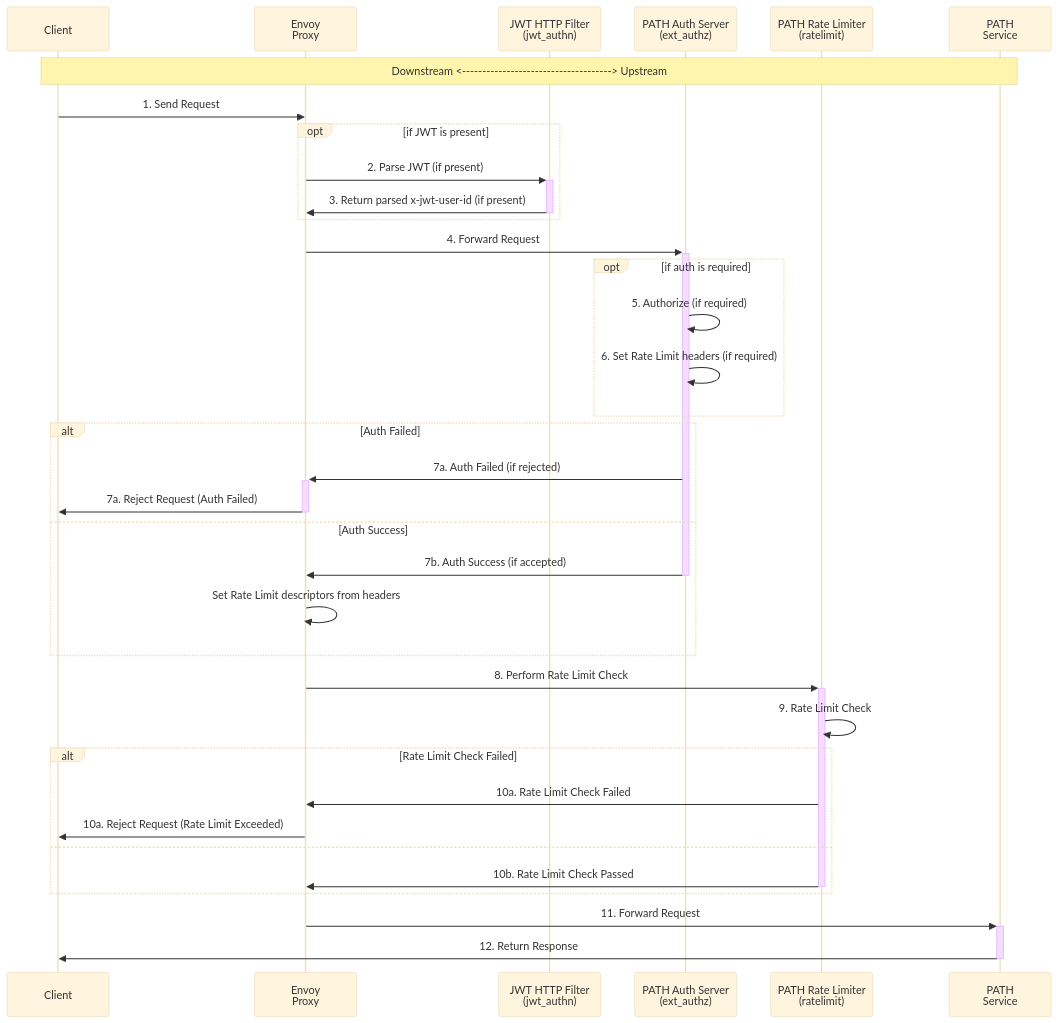
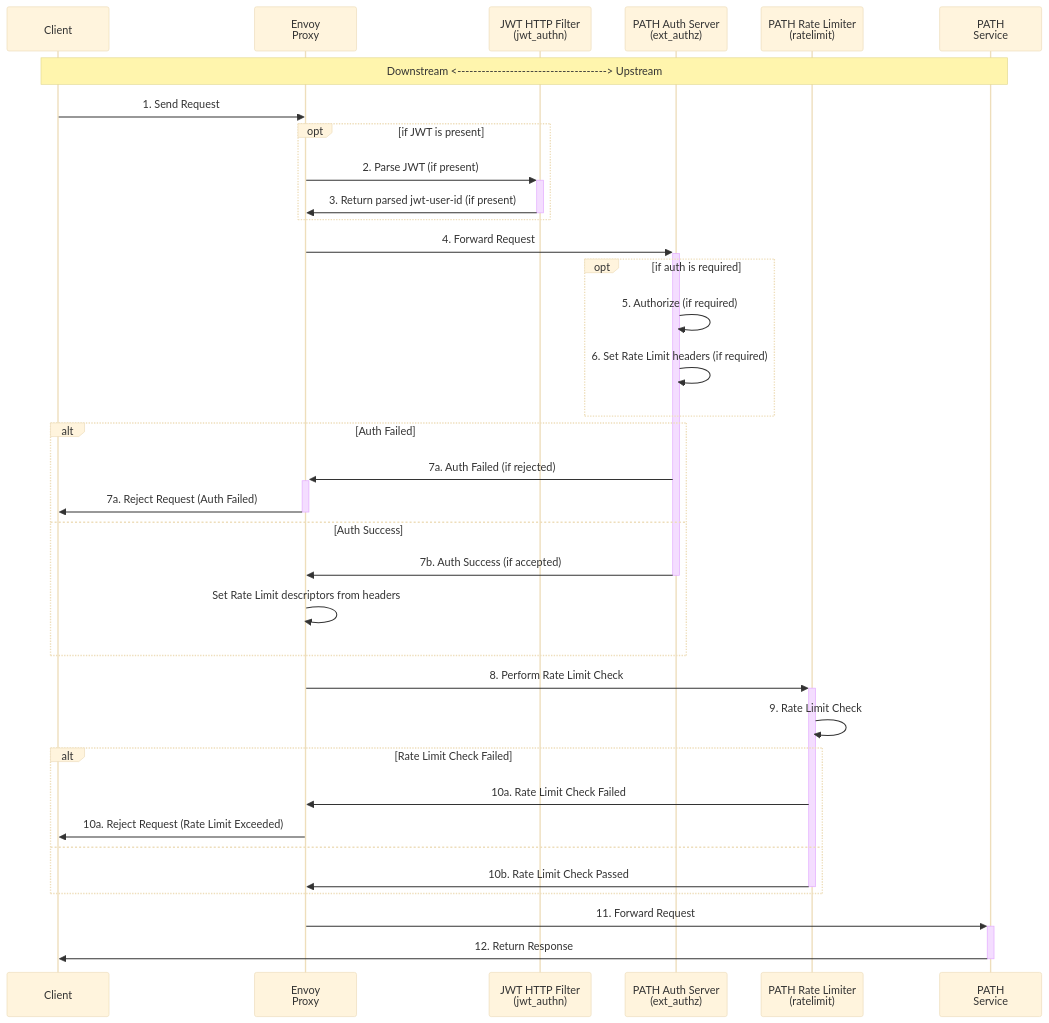
Before and after one commit to buildwithgrove/path: the second of 3 diagrams in docusaurus/docs/develop/envoy/introduction.md, drawn with Mermaid (base theme). The commit also changed other lines of this file and 8 other files, not shown here.

````diff
--- a/docusaurus/docs/develop/envoy/introduction.md
+++ b/docusaurus/docs/develop/envoy/introduction.md
@@ -162,47 +162,47 @@
 ```mermaid
 sequenceDiagram
     participant Client
     participant Envoy as Envoy<br>Proxy
     participant JWTFilter as JWT HTTP Filter<br>(jwt_authn)
     participant AuthServer as PATH Auth Server<br>(ext_authz)
     participant RateLimiter as PATH Rate Limiter<br>(ratelimit)
     participant Service as PATH<br>Service
 
     %% Add bidirectional arrow for Upstream and Downstream
     Note over Client,Service: Downstream <-------------------------------------> Upstream
 
     Client->>Envoy: 1. Send Request
 
     opt if JWT is present
       Envoy->>+JWTFilter: 2. Parse JWT (if present)
-      JWTFilter->>-Envoy: 3. Return parsed x-jwt-user-id (if present)
+      JWTFilter->>-Envoy: 3. Return parsed jwt-user-id (if present)
     end
 
     Envoy->>+AuthServer: 4. Forward Request
 
     opt if auth is required
       AuthServer->>AuthServer: 5. Authorize (if required)
       AuthServer->>AuthServer: 6. Set Rate Limit headers (if required)
     end
 
     alt Auth Failed
       AuthServer->>+Envoy: 7a. Auth Failed (if rejected)
       Envoy->>-Client: 7a. Reject Request (Auth Failed)
     else Auth Success
       AuthServer->>-Envoy: 7b. Auth Success (if accepted)
       Envoy->>Envoy: Set Rate Limit descriptors from headers
     end
 
     Envoy->>+RateLimiter: 8. Perform Rate Limit Check
     RateLimiter->>RateLimiter: 9. Rate Limit Check
 
     alt Rate Limit Check Failed
       RateLimiter->>Envoy: 10a. Rate Limit Check Failed
       Envoy->>Client: 10a. Reject Request (Rate Limit Exceeded)
     else
       RateLimiter->>-Envoy: 10b. Rate Limit Check Passed
     end
 
     Envoy->>+Service: 11. Forward Request
     Service->>-Client: 12. Return Response
 ```
````
